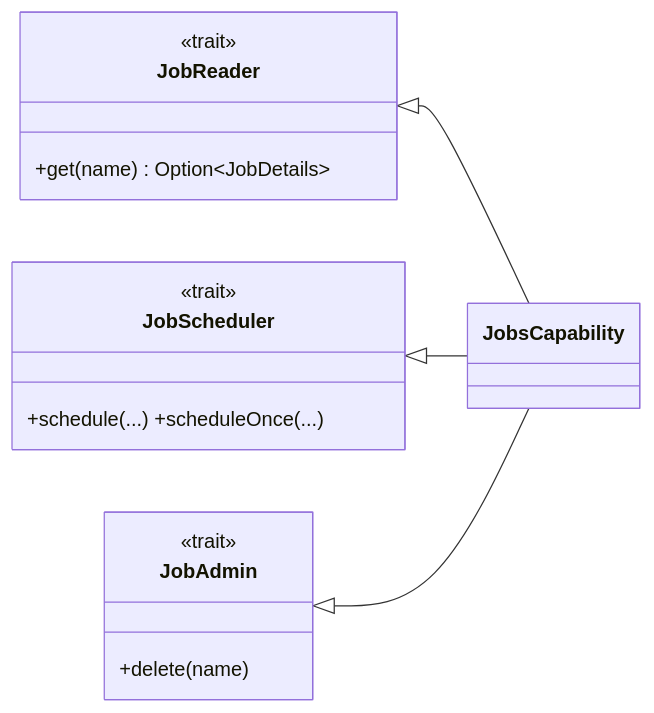
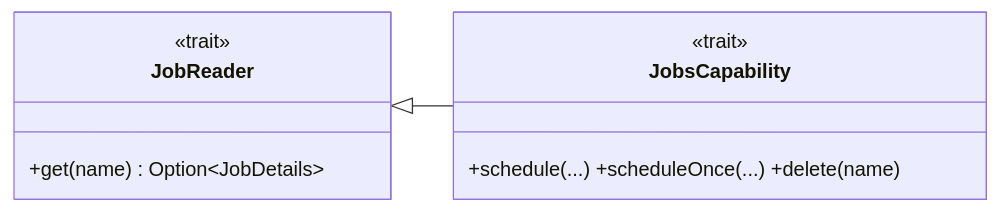
Diagram 33 of 36 in docs/CAPABILITY-SPLITS.md (sideeffffect/dapr4s), drawn with Mermaid before and after one commit. The commit also changed other lines of this file, not shown here.

````diff
--- a/docs/CAPABILITY-SPLITS.md
+++ b/docs/CAPABILITY-SPLITS.md
@@ -714,20 +728,13 @@
 ```mermaid
 classDiagram
     direction LR
     class JobReader {
         <<trait>>
         +get(name) Option~JobDetails~
     }
-    class JobScheduler {
+    class JobsCapability {
         <<trait>>
-        +schedule(...) +scheduleOnce(...)
+        +schedule(...) +scheduleOnce(...) +delete(name)
     }
-    class JobAdmin {
-        <<trait>>
-        +delete(name)
-    }
-    class JobsCapability
     JobReader <|-- JobsCapability
-    JobScheduler <|-- JobsCapability
-    JobAdmin <|-- JobsCapability
 ```
````
